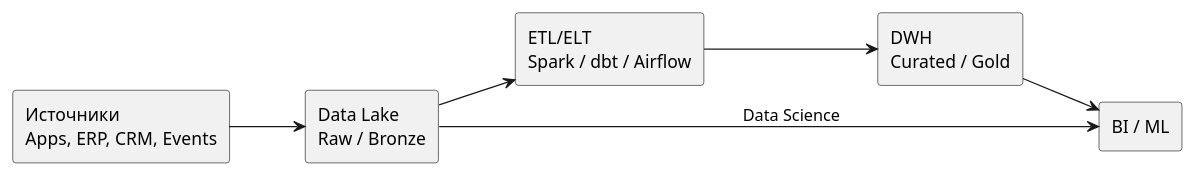
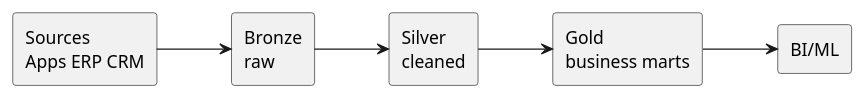
The diagram in docs/database/dwh-and-data-lake.md (iwizy/analyst_kb), drawn with PlantUML before and after one commit. The commit also changed other lines of this file and 32 other files, not shown here.

````diff
--- a/docs/database/dwh-and-data-lake.md
+++ b/docs/database/dwh-and-data-lake.md
@@ -56,16 +44,15 @@
 ```kroki-plantuml
 @startuml
 left to right direction
-rectangle "Источники\nApps, ERP, CRM, Events" as SRC
-rectangle "Data Lake\nRaw / Bronze" as LAKE
-rectangle "ETL/ELT\nSpark / dbt / Airflow" as ETL
-rectangle "DWH\nCurated / Gold" as DWH
-rectangle "BI / ML" as CONSUME
+rectangle "Sources\nApps ERP CRM" as SRC
+rectangle "Bronze\nraw" as B
+rectangle "Silver\ncleaned" as S
+rectangle "Gold\nbusiness marts" as G
+rectangle "BI/ML" as BI
 
-SRC --> LAKE
-LAKE --> ETL
-ETL --> DWH
-DWH --> CONSUME
-LAKE --> CONSUME : Data Science
+SRC --> B
+B --> S
+S --> G
+G --> BI
 @enduml
 ```
````
